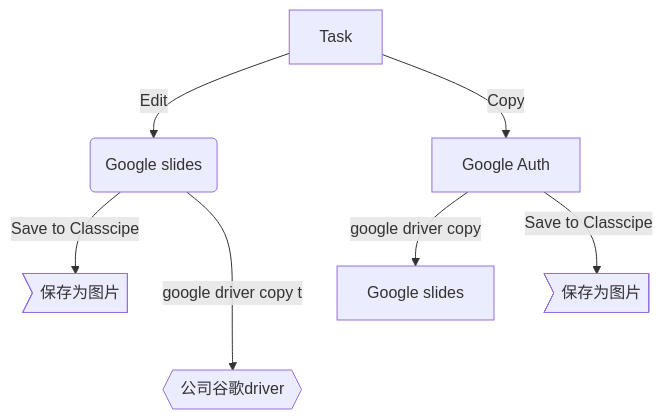
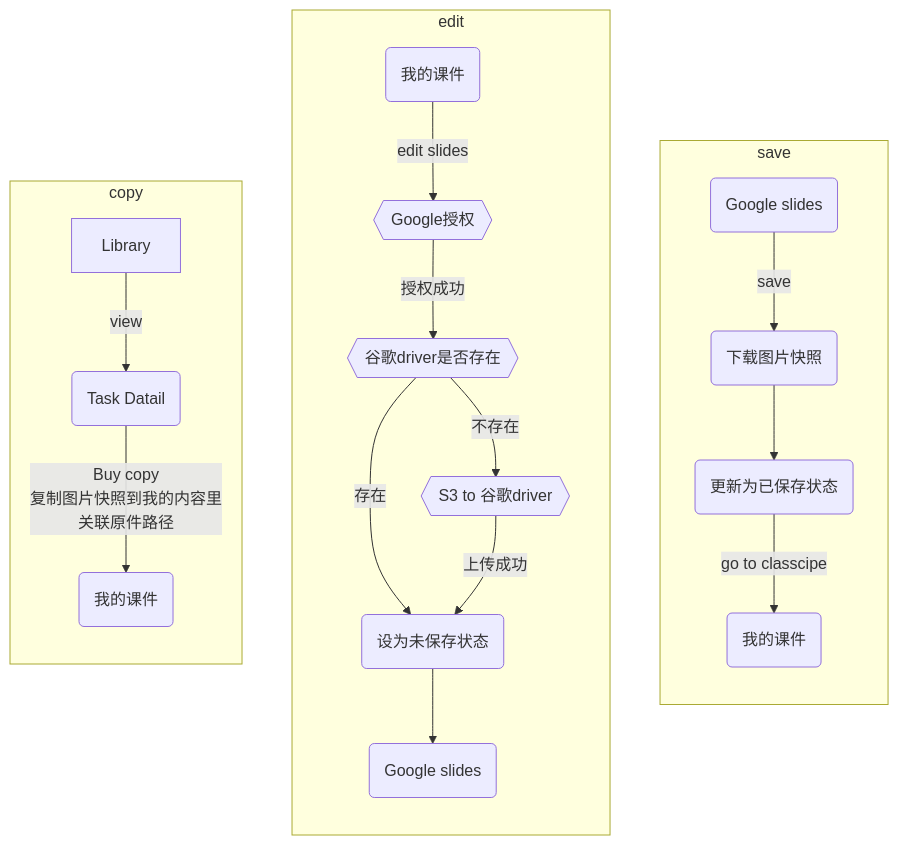
The first of 5 diagrams in main/unit.md (zran-nz/doc), drawn with Mermaid before and after one commit.

````diff
--- a/main/unit.md
+++ b/main/unit.md
@@ -74,10 +74,24 @@
 ```mermaid
 flowchart
-T[Task] --Edit--> GS(Google slides)
-GS --Save to Classcipe--> Tl>保存为图片]
-GS --google driver copy to--> To{{公司谷歌driver}}
-T --Copy--> Auth[Google Auth]
-Auth --google driver copy--> GS2[Google slides]
-Auth --Save to Classcipe--> Tl2>保存为图片]
+  subgraph save
+  direction TB
+GS3(Google slides) --save--> Down(下载图片快照)
+Down --> MTs1(更新为已保存状态)
+MTs1 --go to classcipe--> MTs(我的课件)
+  end
+  subgraph edit
+  direction TB
+MT1(我的课件) --edit slides--> GA{{Google授权}}
+GA --授权成功--> GD{{谷歌driver是否存在}}
+GD --不存在--> SGD{{S3 to 谷歌driver}}
+GD --存在--> US(设为未保存状态)
+SGD --上传成功--> US
+US --> GS(Google slides)
+  end
+  subgraph copy
+  direction TB
+Lib[Library] --view--> TD(Task Datail)
+TD --Buy copy<br>复制图片快照到我的内容里<br>关联原件路径--> MT0(我的课件)
+  end
 
 ```
````
